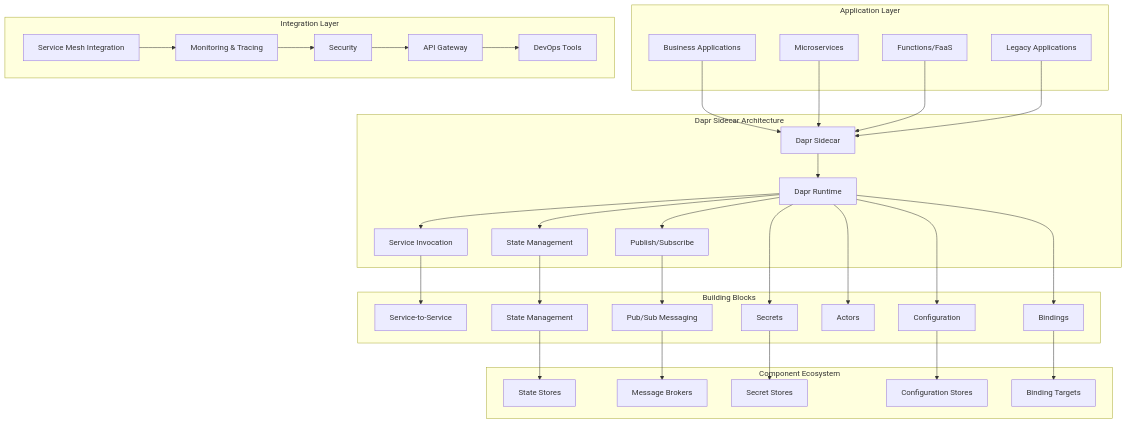
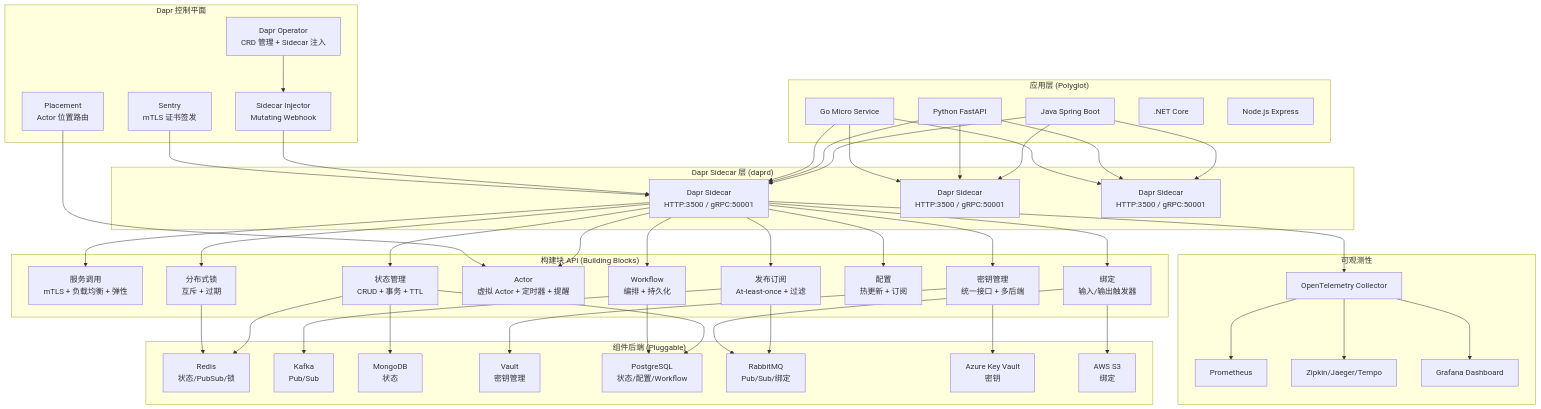
Before and after one commit to kudig-io/kudig-database: the diagram in domain-26-service-mesh-microservices/05-dapr-enterprise-distributed-runtime.md, drawn with Mermaid. The commit also changed other lines of this file and 8633 other files, not shown here.

````diff
--- a/domain-26-service-mesh-microservices/05-dapr-enterprise-distributed-runtime.md
+++ b/domain-26-service-mesh-microservices/05-dapr-enterprise-distributed-runtime.md
@@ -14,72 +63,66 @@
 ```mermaid
 graph TB
-    subgraph "Application Layer"
-        A[Business Applications]
-        B[Microservices]
-        C[Functions/FaaS]
-        D[Legacy Applications]
+    subgraph "应用层 (Polyglot)"
+        APP_JAVA[Java Spring Boot]
+        APP_PYTHON[Python FastAPI]
+        APP_GO[Go Micro Service]
+        APP_DOTNET[.NET Core]
+        APP_NODE[Node.js Express]
     end
-    
-    subgraph "Dapr Sidecar Architecture"
-        E[Dapr Sidecar]
-        F[Dapr Runtime]
-        G[Service Invocation]
-        H[State Management]
-        I[Publish/Subscribe]
+
+    subgraph "Dapr Sidecar 层 (daprd)"
+        DAPR_S1[Dapr Sidecar<br/>HTTP:3500 / gRPC:50001]
+        DAPR_S2[Dapr Sidecar<br/>HTTP:3500 / gRPC:50001]
+        DAPR_S3[Dapr Sidecar<br/>HTTP:3500 / gRPC:50001]
     end
-    
-    subgraph "Building Blocks"
-        J[Service-to-Service]
-        K[State Management]
-        L[Pub/Sub Messaging]
-        M[Bindings]
-        N[Actors]
-        O[Secrets]
-        P[Configuration]
+
+    subgraph "构建块 API (Building Blocks)"
+        SI[服务调用<br/>mTLS + 负载均衡 + 弹性]
+        SM[状态管理<br/>CRUD + 事务 + TTL]
+        PS[发布订阅<br/>At-least-once + 过滤]
+        AC[Actor<br/>虚拟 Actor + 定时器 + 提醒]
+        BD[绑定<br/>输入/输出触发器]
+        SC[密钥管理<br/>统一接口 + 多后端]
+        CF[配置<br/>热更新 + 订阅]
+        DL[分布式锁<br/>互斥 + 过期]
+        WF[Workflow<br/>编排 + 持久化]
     end
-    
-    subgraph "Component Ecosystem"
-        Q[State Stores]
-        R[Message Brokers]
-        S[Secret Stores]
-        T[Configuration Stores]
-        U[Binding Targets]
+
+    subgraph "Dapr 控制平面"
+        OPERATOR[Dapr Operator<br/>CRD 管理 + Sidecar 注入]
+        INJECTOR[Sidecar Injector<br/>Mutating Webhook]
+        PLACEMENT[Placement<br/>Actor 位置路由]
+        SENTRY[Sentry<br/>mTLS 证书签发]
     end
-    
-    subgraph "Integration Layer"
-        V[Service Mesh Integration]
-        W[Monitoring & Tracing]
-        X[Security]
-        Y[API Gateway]
-        Z[DevOps Tools]
+
+    subgraph "组件后端 (Pluggable)"
+        REDIS[Redis<br/>状态/PubSub/锁]
+        KAFKA[Kafka<br/>Pub/Sub]
+        MONGO[MongoDB<br/>状态]
+        VAULT_D[Vault<br/>密钥管理]
+        POSTGRES[PostgreSQL<br/>状态/配置/Workflow]
+        RABBIT[RabbitMQ<br/>Pub/Sub/绑定]
+        AZUREKV[Azure Key Vault<br/>密钥]
+        S3[AWS S3<br/>绑定]
     end
-    
-    A --> E
-    B --> E
-    C --> E
-    D --> E
-    
-    E --> F
-    F --> G
-    F --> H
-    F --> I
-    
-    G --> J
-    H --> K
-    I --> L
-    F --> M
-    F --> N
-    F --> O
-    F --> P
-    
-    K --> Q
-    L --> R
-    O --> S
-    P --> T
-    M --> U
-    
-    V --> W
-    W --> X
-    X --> Y
-    Y --> Z
+
+    subgraph "可观测性"
+        OTEL[OpenTelemetry Collector]
+        PROM_D[Prometheus]
+        ZIPKIN_D[Zipkin/Jaeger/Tempo]
+        GRAFANA_D[Grafana Dashboard]
+    end
+
+    APP_JAVA & APP_PYTHON & APP_GO --> DAPR_S1 & DAPR_S2 & DAPR_S3
+    DAPR_S1 --> SI & SM & PS & AC & BD & SC & CF & DL & WF
+    SM --> REDIS & MONGO & POSTGRES
+    PS --> KAFKA & RABBIT
+    SC --> VAULT_D & AZUREKV
+    BD --> S3 & RABBIT
+    DL --> REDIS
+    WF --> POSTGRES
+    DAPR_S1 --> OTEL --> PROM_D & ZIPKIN_D & GRAFANA_D
+    OPERATOR --> INJECTOR --> DAPR_S1
+    SENTRY --> DAPR_S1
+    PLACEMENT --> AC
 ```
````
